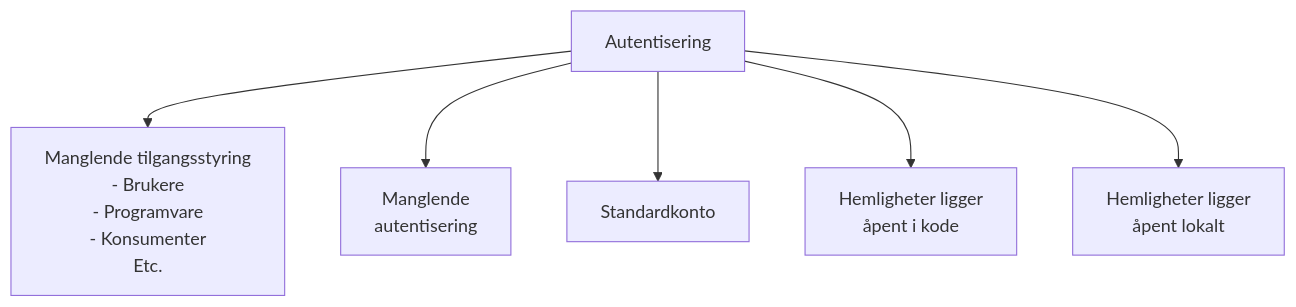
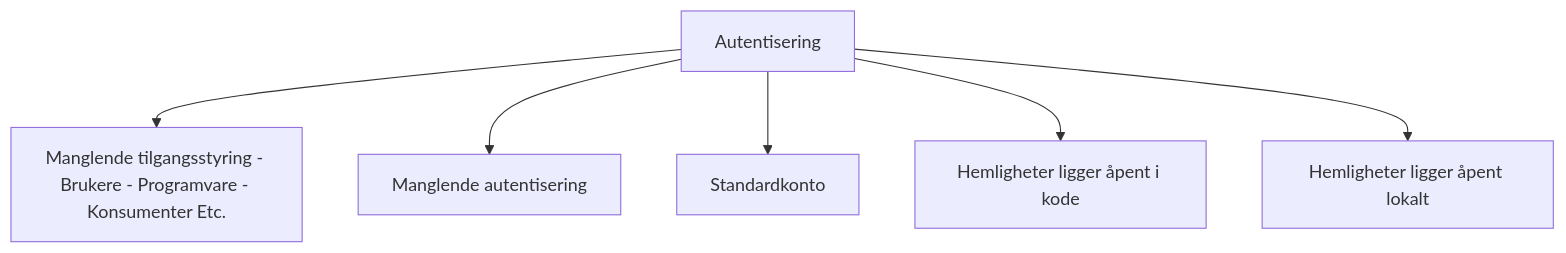
The tenth of 18 diagrams in docs/08-sikker-utvikling/_saarbarhetstraer.mdx (navikt/security-playbook), drawn with Mermaid before and after one commit. The commit also changed other lines of this file, not shown here.

````diff
--- a/docs/08-sikker-utvikling/_saarbarhetstraer.mdx
+++ b/docs/08-sikker-utvikling/_saarbarhetstraer.mdx
@@ -141,8 +141,8 @@
 ```mermaid
 graph TD;
-    AUTH[Autentisering]-->TILG[Manglende tilgangsstyring\n - Brukere\n - Programvare\n - Konsumenter\n Etc.];
-    AUTH-->MANGEL[Manglende\n autentisering];
+    AUTH[Autentisering]-->TILG[Manglende tilgangsstyring - Brukere - Programvare - Konsumenter Etc.];
+    AUTH-->MANGEL[Manglende autentisering];
     AUTH-->STD[Standardkonto];
-    AUTH-->APENT[Hemligheter ligger\n åpent i kode];
-    AUTH-->LOKALT[Hemligheter ligger\n åpent lokalt];
+    AUTH-->APENT[Hemligheter ligger åpent i kode];
+    AUTH-->LOKALT[Hemligheter ligger åpent lokalt];
 ```
````
